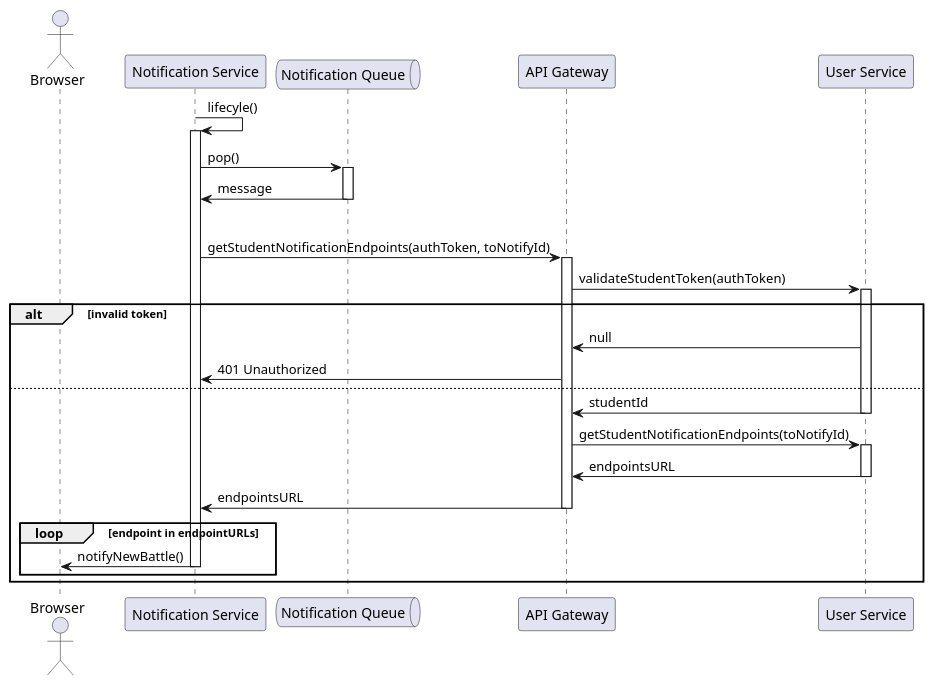
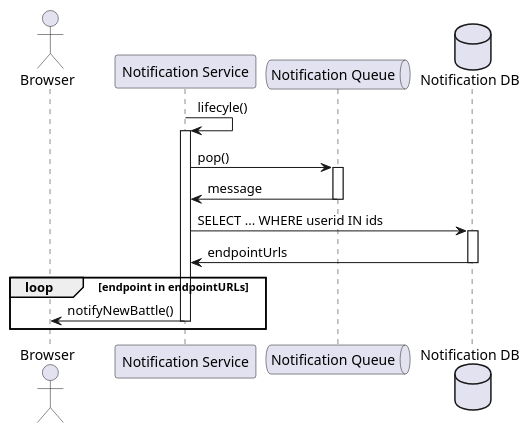
Before and after one commit to Furrrlo/CodeKataBattle: the diagram in dd/puml/rw0.4.puml, drawn with PlantUML. The commit also changed 5 other files, not shown here.

```diff
--- a/dd/puml/rw0.4.puml
+++ b/dd/puml/rw0.4.puml
@@ -1,36 +1,21 @@
 @startuml RW0.4 - Send notification
 
 
 actor Browser
 participant "Notification Service" as notification
-queue  "Notification Queue" as notificationQueue
-
-participant "API Gateway" as gateway
-participant "User Service" as auth
-
-
+queue "Notification Queue" as notificationQueue
+database "Notification DB" as db
 
 notification -> notification ++ : lifecyle()
 notification -> notificationQueue ++: pop()
 notification <- notificationQueue --: message
 
-loop message.userIds
-    notification -> gateway ++: getStudentNotificationEndpoints(authToken, toNotifyId)
+notification -> db ++: SELECT ... WHERE userid IN ids
+notification <- db --: endpointUrls
 
-    gateway -> auth ++ : validateStudentToken(authToken)
-    alt invalid token
-        gateway <- auth : null
-        notification <- gateway : 401 Unauthorized
-    else
-    gateway <- auth -- : studentId
-    gateway -> auth ++: getStudentNotificationEndpoints(toNotifyId)
-    gateway <- auth --: endpointsURL
-    notification <- gateway --: endpointsURL
-
-    loop endpoint in endpointURLs
-        notification -> Browser : notifyNewBattle()    
-        deactivate notification
-    end
+loop endpoint in endpointURLs
+    notification -> Browser : notifyNewBattle()    
+    deactivate notification
 end
 
 @enduml
```
